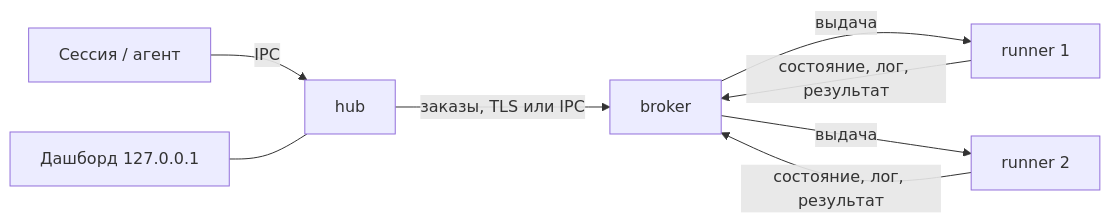
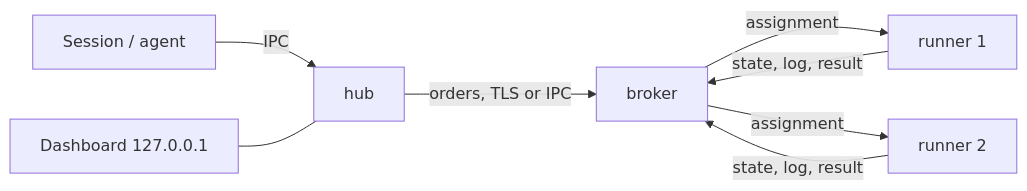
One commit to alexpantiukhin/Al.LocalRunner changed the diagram in README.md. Above: the diagram before and after it, drawn with Mermaid. The commit also changed other lines of this file and 2 other files, not shown here.

````diff
--- a/README.md
+++ b/README.md
@@ -15,10 +58,10 @@
 ```mermaid
 flowchart LR
-    S[Сессия / агент] -->|IPC| H[hub]
-    D[Дашборд 127.0.0.1] --- H
-    H -->|заказы, TLS или IPC| B[broker]
-    B -->|выдача| R1[runner 1]
-    B -->|выдача| R2[runner 2]
-    R1 -->|состояние, лог, результат| B
-    R2 -->|состояние, лог, результат| B
+    S[Session / agent] -->|IPC| H[hub]
+    D[Dashboard 127.0.0.1] --- H
+    H -->|orders, TLS or IPC| B[broker]
+    B -->|assignment| R1[runner 1]
+    B -->|assignment| R2[runner 2]
+    R1 -->|state, log, result| B
+    R2 -->|state, log, result| B
 ```
````
